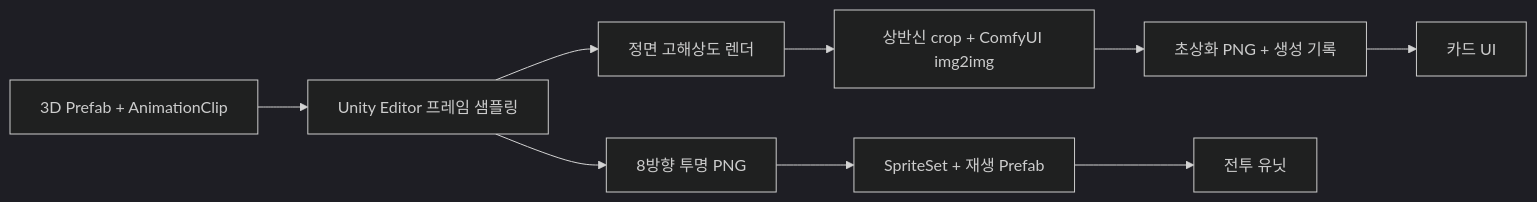
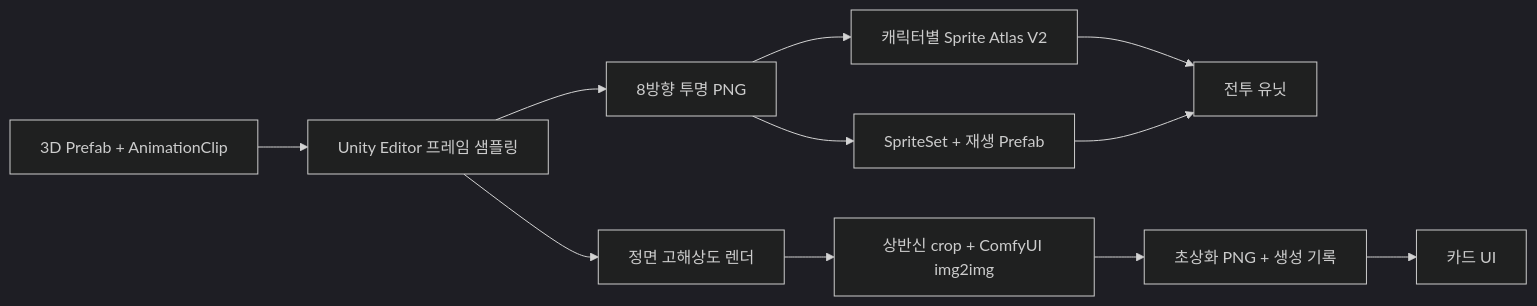
The diagram in src/content/portfolio/2026-09-05-clashers.md (haelime/haelime.github.io), drawn with Mermaid (dark theme) before and after one commit. The commit also changed other lines of this file and 5 other files, not shown here.

Commit message:
Document sprite atlas packing and ComfyUI portrait automation

````diff
--- a/src/content/portfolio/2026-09-05-clashers.md
+++ b/src/content/portfolio/2026-09-05-clashers.md
@@ -42,11 +44,13 @@
 ```mermaid
 flowchart LR
     A[3D Prefab + AnimationClip] --> B[Unity Editor 프레임 샘플링]
     B --> C[8방향 투명 PNG]
     C --> D[SpriteSet + 재생 Prefab]
+    C --> J[캐릭터별 Sprite Atlas V2]
+    J --> H[전투 유닛]
     B --> E[정면 고해상도 렌더]
     E --> F[상반신 crop + ComfyUI img2img]
     F --> G[초상화 PNG + 생성 기록]
     D --> H[전투 유닛]
     G --> I[카드 UI]
 ```
````
